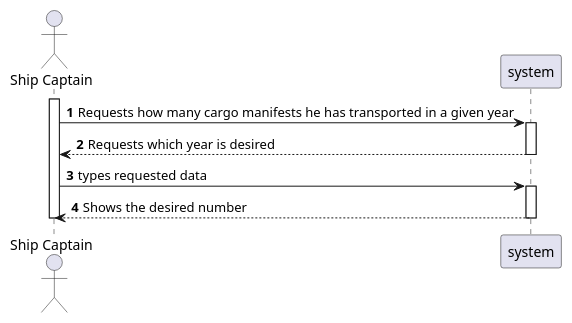
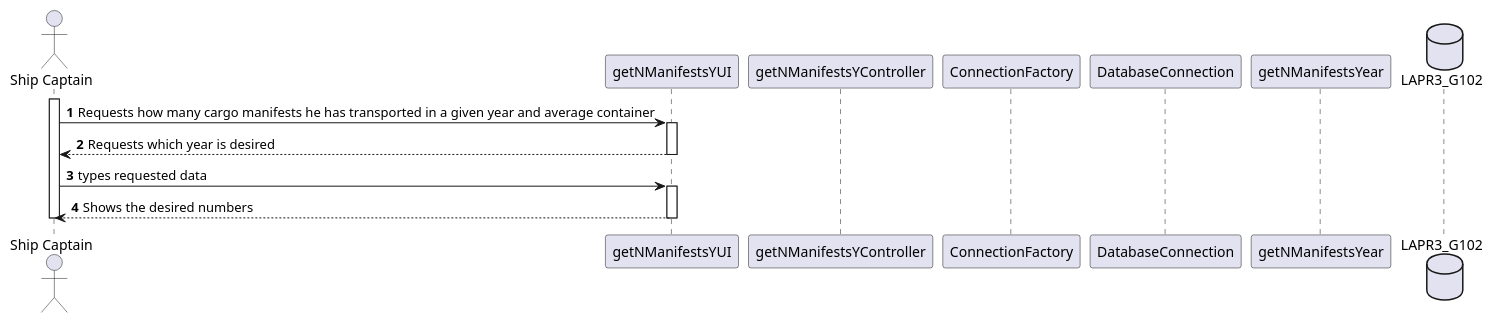
One commit to mpoboas/lapr3-2021-g102 changed the diagram in docs/Sprint2/US207/sd.puml. Above: the diagram before and after it, drawn with PlantUML. The commit also changed 1 other file, not shown here.

```diff
--- a/docs/Sprint2/US207/sd.puml
+++ b/docs/Sprint2/US207/sd.puml
@@ -1,17 +1,23 @@
 @startuml
 actor "Ship Captain" as sc
-participant system as sys
+participant getNManifestsYUI as UI
+participant getNManifestsYController as Controller
+participant ConnectionFactory as cf
+participant DatabaseConnection as dc
+participant getNManifestsYear as data
+database LAPR3_G102  as db
+
 autonumber
 activate sc
-sc -> sys: Requests how many cargo manifests he has transported in a given year
-activate sys
-sys --> sc : Requests which year is desired
-deactivate sys
-sc ->sys : types requested data
-activate sys
-sys --> sc : Shows the desired number
-deactivate sys
+sc -> UI: Requests how many cargo manifests he has transported in a given year and average container
+activate UI
+UI --> sc : Requests which year is desired
+deactivate UI
+sc ->UI : types requested data
+activate UI
+UI --> sc : Shows the desired numbers
+deactivate UI
 deactivate sc
 
 
 @enduml
```
